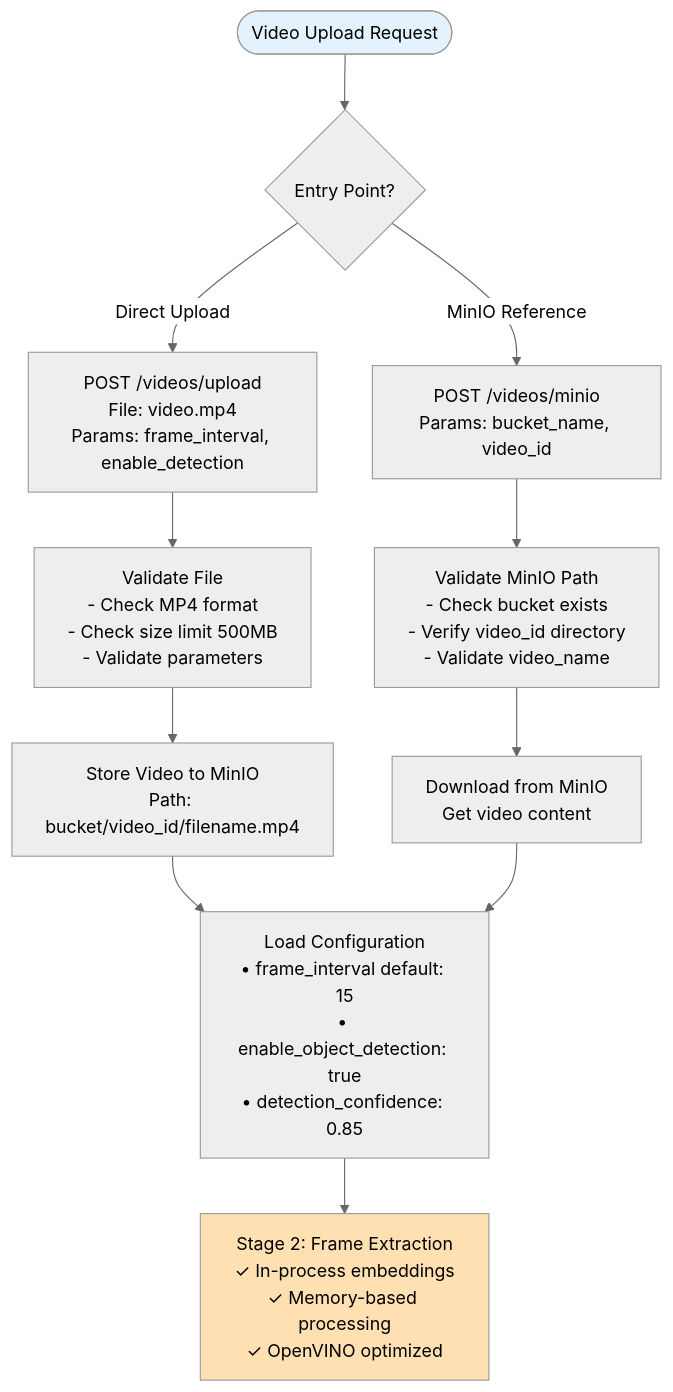
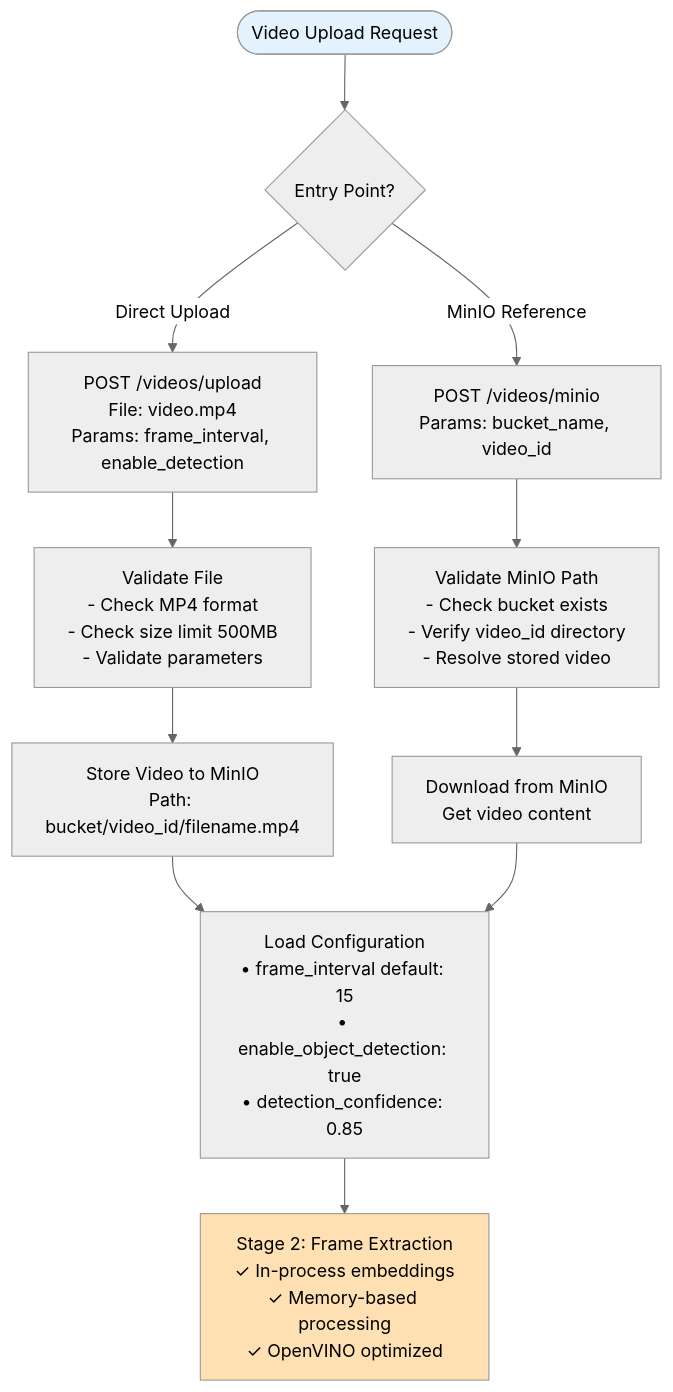
Before and after one commit to open-edge-platform/edge-ai-libraries: the second of 9 diagrams in microservices/visual-data-preparation-for-retrieval/multimodal-dataprep/docs/user-guide/video-ingestion-flow.md, drawn with Mermaid (neutral theme). The commit also changed other lines of this file and 23 other files, not shown here.

First line of the commit message:
feat(multimodal-dataprep): add delete CRUD and simplify to one-video-per-directory

````diff
--- a/microservices/visual-data-preparation-for-retrieval/multimodal-dataprep/docs/user-guide/video-ingestion-flow.md
+++ b/microservices/visual-data-preparation-for-retrieval/multimodal-dataprep/docs/user-guide/video-ingestion-flow.md
@@ -53,21 +53,21 @@
 ```mermaid
 flowchart TD
     START([Video Upload Request]) --> ENTRY{Entry Point?}
 
     ENTRY -->|Direct Upload| UPLOAD[POST /videos/upload<br/>File: video.mp4<br/>Params: frame_interval, enable_detection]
     ENTRY -->|MinIO Reference| MINIO[POST /videos/minio<br/>Params: bucket_name, video_id]
 
     UPLOAD --> VALIDATE1[Validate File<br/>- Check MP4 format<br/>- Check size limit 500MB<br/>- Validate parameters]
-    MINIO --> VALIDATE2[Validate MinIO Path<br/>- Check bucket exists<br/>- Verify video_id directory<br/>- Validate video_name]
+    MINIO --> VALIDATE2[Validate MinIO Path<br/>- Check bucket exists<br/>- Verify video_id directory<br/>- Resolve stored video]
 
     VALIDATE1 --> STORE[Store Video to MinIO<br/>Path: bucket/video_id/filename.mp4]
     VALIDATE2 --> DOWNLOAD[Download from MinIO<br/>Get video content]
 
     STORE --> CONFIG[Load Configuration<br/>• frame_interval default: 15<br/>• enable_object_detection: true<br/>• detection_confidence: 0.85]
     DOWNLOAD --> CONFIG
 
     CONFIG --> FRAME_EXTRACT[Stage 2: Frame Extraction<br/>✓ In-process embeddings<br/>✓ Memory-based processing<br/>✓ OpenVINO optimized]
 
     style START fill:#e3f2fd
     style FRAME_EXTRACT fill:#ffe0b2
 ```
````
